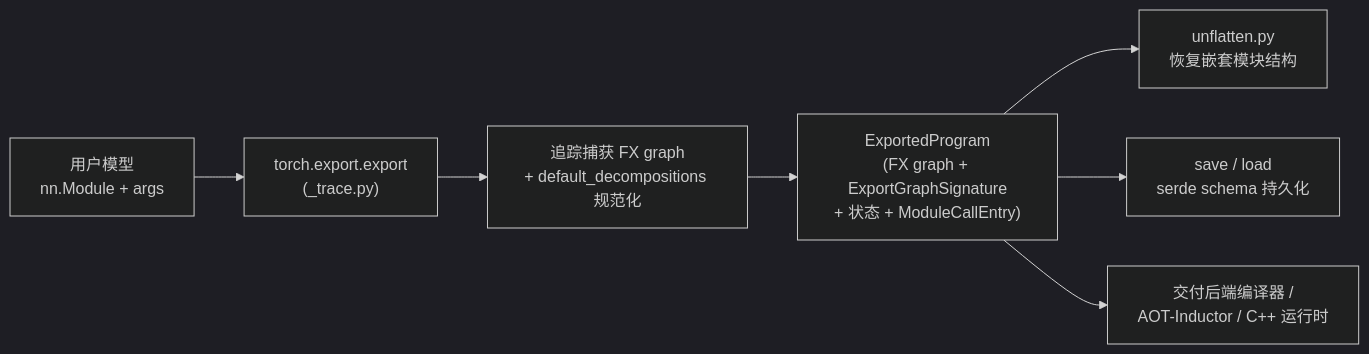
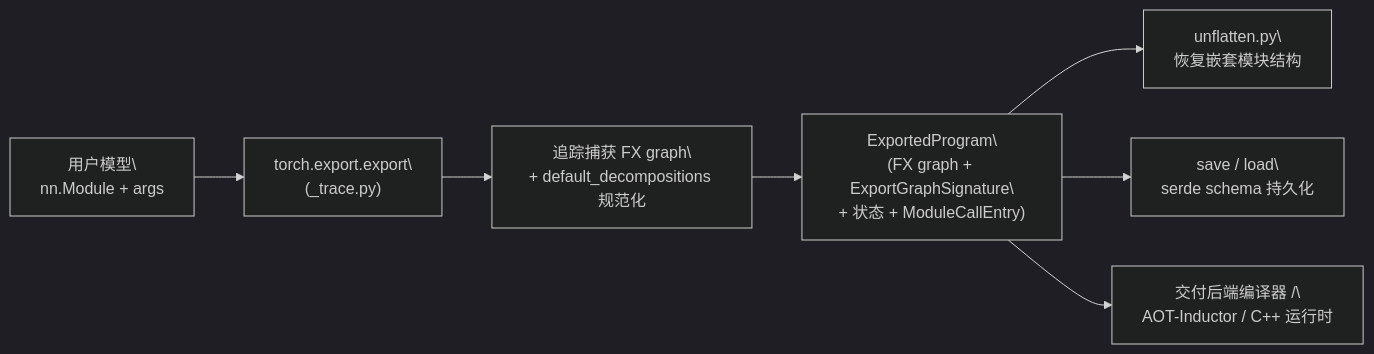
The diagram in docs/knowledge/pytorch/pytorch-export.md (stevexiaofei/second-brain), drawn with Mermaid (dark theme) before and after one commit. The commit also changed 14 other files, not shown here.

First line of the commit message:
docs: bump mermaid font sizes and replace <br/> with real newlines

````diff
--- a/docs/knowledge/pytorch/pytorch-export.md
+++ b/docs/knowledge/pytorch/pytorch-export.md
@@ -44,9 +44,17 @@
 ```mermaid
 flowchart LR
-    M["用户模型<br/>nn.Module + args"] --> EX["torch.export.export<br/>(_trace.py)"]
-    EX --> TR["追踪捕获 FX graph<br/>+ default_decompositions 规范化"]
-    TR --> EP["ExportedProgram<br/>(FX graph + ExportGraphSignature<br/>+ 状态 + ModuleCallEntry)"]
-    EP --> UF["unflatten.py<br/>恢复嵌套模块结构"]
-    EP --> SL["save / load<br/>serde schema 持久化"]
-    EP --> BE["交付后端编译器 /<br/>AOT-Inductor / C++ 运行时"]
+    M["用户模型\
+nn.Module + args"] --> EX["torch.export.export\
+(_trace.py)"]
+    EX --> TR["追踪捕获 FX graph\
++ default_decompositions 规范化"]
+    TR --> EP["ExportedProgram\
+(FX graph + ExportGraphSignature\
++ 状态 + ModuleCallEntry)"]
+    EP --> UF["unflatten.py\
+恢复嵌套模块结构"]
+    EP --> SL["save / load\
+serde schema 持久化"]
+    EP --> BE["交付后端编译器 /\
+AOT-Inductor / C++ 运行时"]
 ```
````
